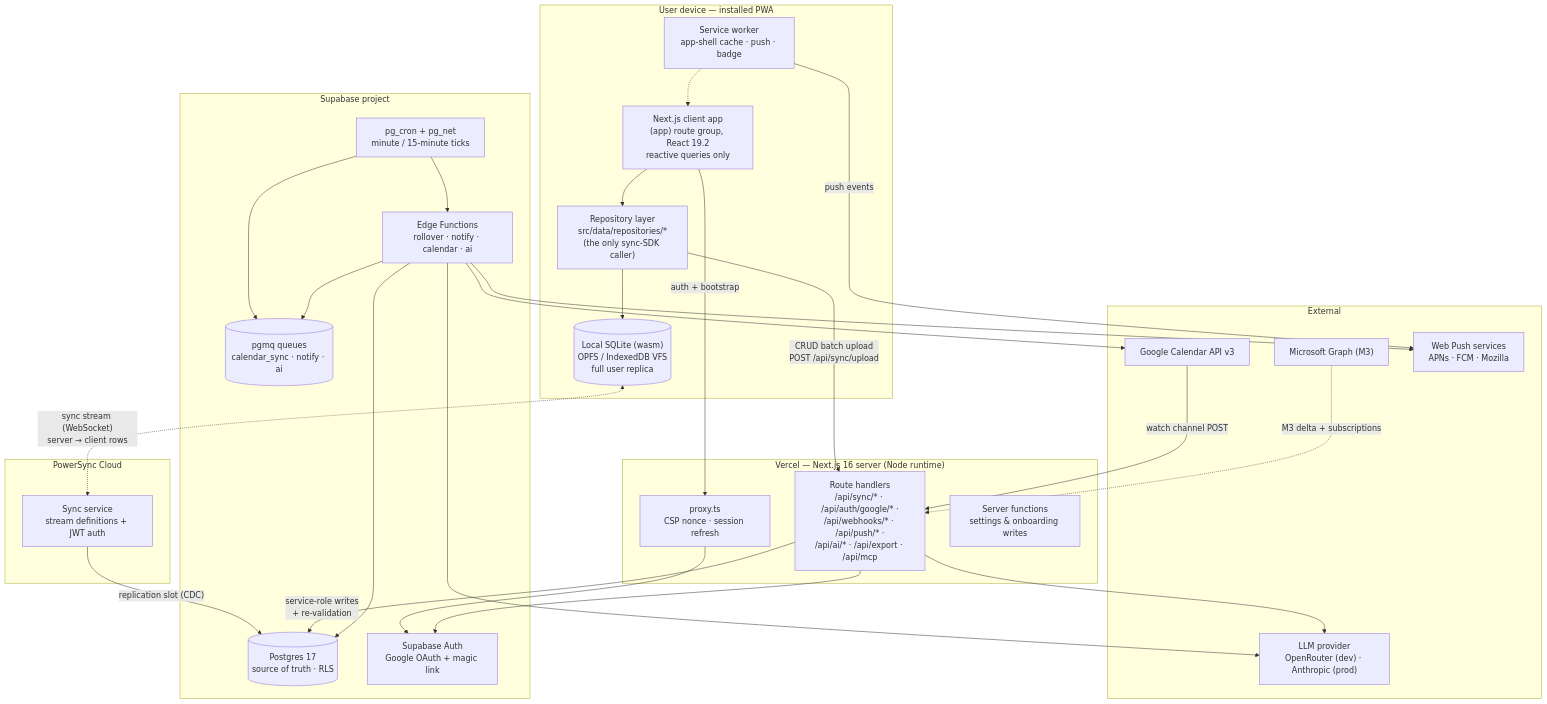
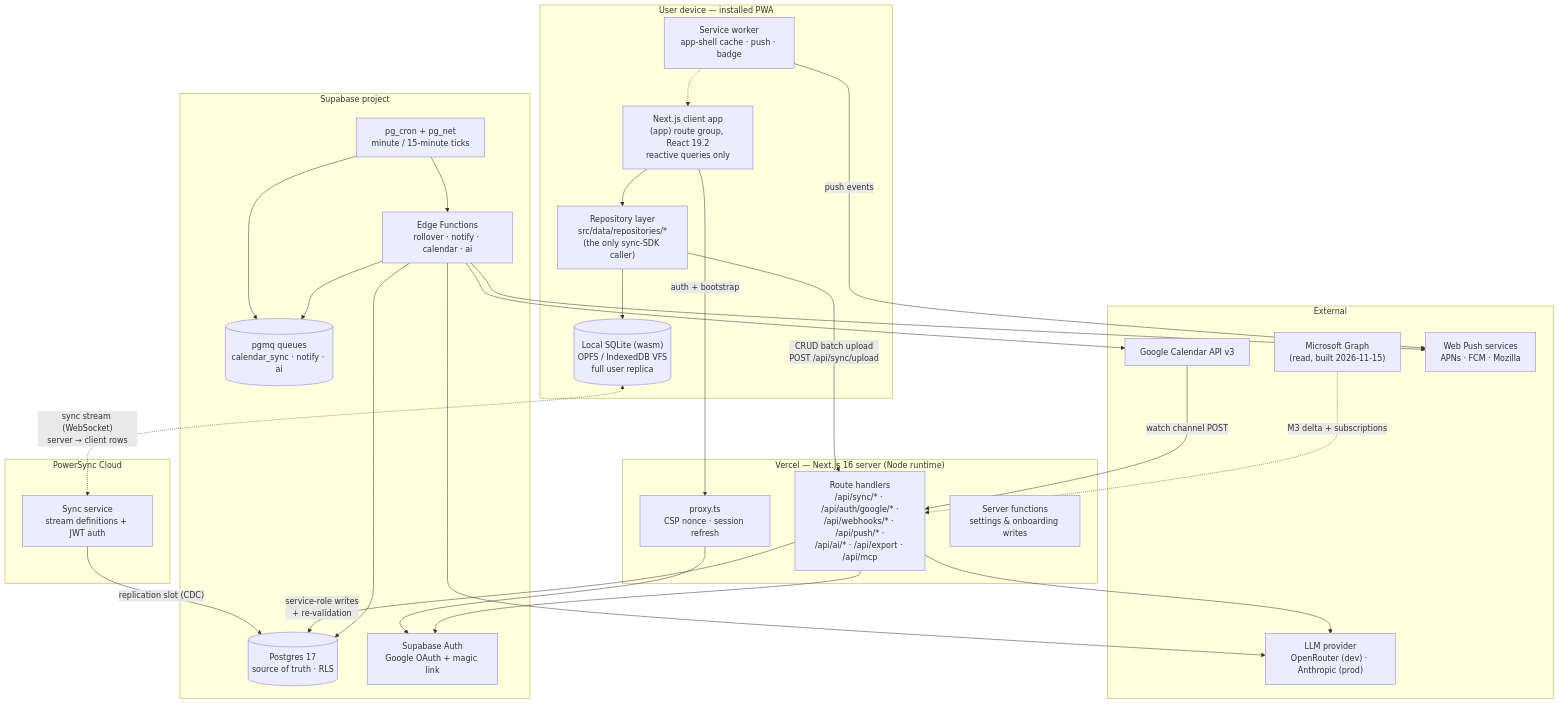
The first of 14 diagrams in docs/engineering/SYSTEM_DESIGN.md (subham8391/Sparehour), drawn with Mermaid before and after one commit. The commit also changed other lines of this file and 48 other files, not shown here.

````diff
--- a/docs/engineering/SYSTEM_DESIGN.md
+++ b/docs/engineering/SYSTEM_DESIGN.md
@@ -90,55 +90,55 @@
 ```mermaid
 flowchart TB
   subgraph Device["User device — installed PWA"]
     UI["Next.js client app<br/>(app) route group, React 19.2<br/>reactive queries only"]
     REPO["Repository layer<br/>src/data/repositories/*<br/>(the only sync-SDK caller)"]
     SQL[("Local SQLite (wasm)<br/>OPFS / IndexedDB VFS<br/>full user replica")]
     SW["Service worker<br/>app-shell cache · push · badge"]
     UI --> REPO --> SQL
   end
 
   subgraph Vercel["Vercel — Next.js 16 server (Node runtime)"]
     RH["Route handlers<br/>/api/sync/* · /api/auth/google/* ·<br/>/api/webhooks/* · /api/push/* ·<br/>/api/ai/* · /api/export · /api/mcp"]
     PX["proxy.ts<br/>CSP nonce · session refresh"]
     SA["Server functions<br/>settings & onboarding writes"]
   end
 
   subgraph PS["PowerSync Cloud"]
     SVC["Sync service<br/>stream definitions + JWT auth"]
   end
 
   subgraph SB["Supabase project"]
     PG[("Postgres 17<br/>source of truth · RLS")]
     AUTH["Supabase Auth<br/>Google OAuth + magic link"]
     EF["Edge Functions<br/>rollover · notify · calendar · ai"]
     CRON["pg_cron + pg_net<br/>minute / 15-minute ticks"]
     Q[("pgmq queues<br/>calendar_sync · notify · ai")]
   end
 
   subgraph Ext["External"]
     GCAL["Google Calendar API v3"]
-    GRAPH["Microsoft Graph (M3)"]
+    GRAPH["Microsoft Graph<br/>(read, built 2026-11-15)"]
     PUSH["Web Push services<br/>APNs · FCM · Mozilla"]
     LLM["LLM provider<br/>OpenRouter (dev) · Anthropic (prod)"]
   end
 
   SQL <-. "sync stream (WebSocket)<br/>server → client rows" .-> SVC
   REPO -- "CRUD batch upload<br/>POST /api/sync/upload" --> RH
   SVC -- "replication slot (CDC)" --> PG
   RH -- "service-role writes<br/>+ re-validation" --> PG
   UI -- "auth + bootstrap" --> PX
   PX --> AUTH
   RH --> AUTH
   CRON --> Q
   CRON --> EF
   EF --> PG
   EF --> Q
   EF --> PUSH
   EF --> GCAL
   EF --> LLM
   RH --> LLM
   GCAL -- "watch channel POST" --> RH
   GRAPH -. "M3 delta + subscriptions" .-> RH
   SW -- "push events" --> PUSH
   SW -.-> UI
 ```
````
